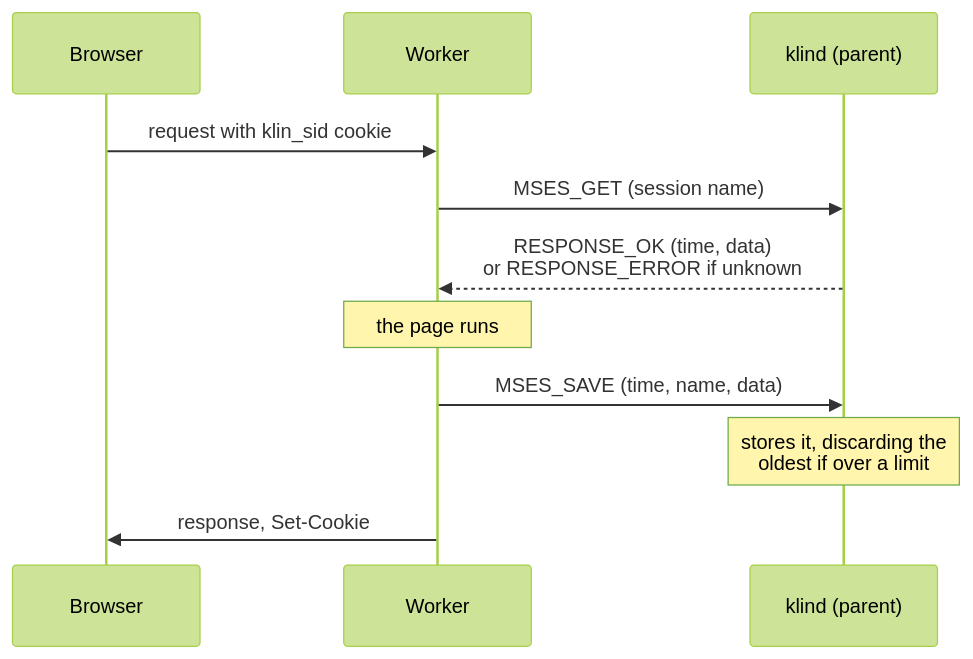
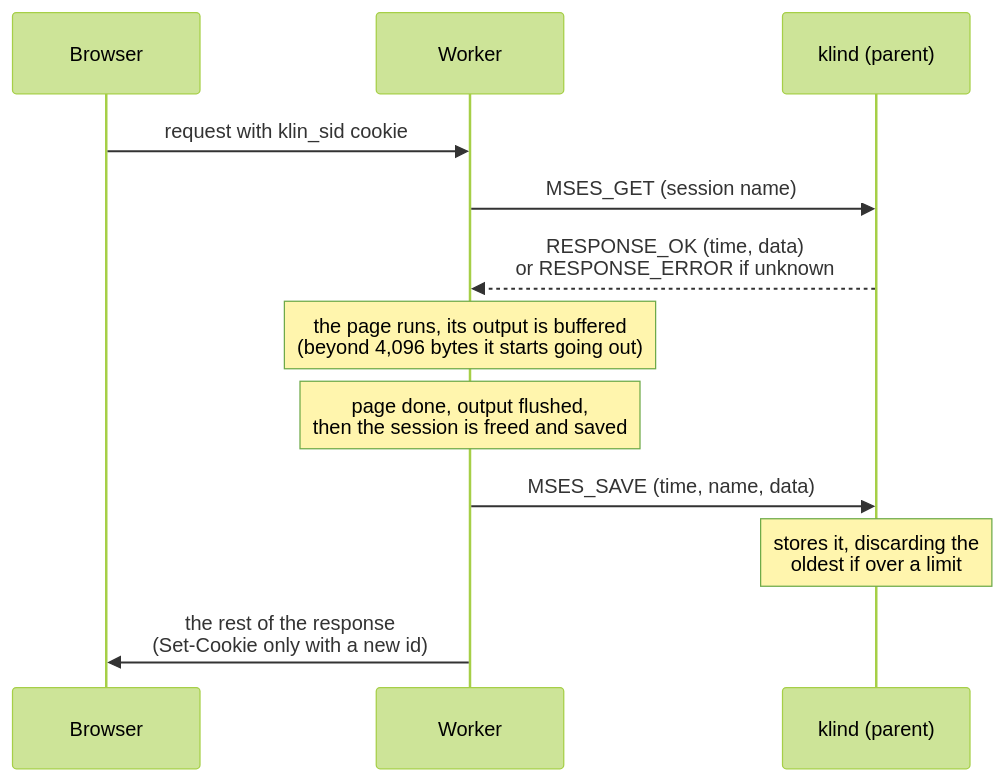
The first of 2 diagrams in doc/SESSIONS.md (DanielTillett/klin), drawn with Mermaid (forest theme) before and after one commit. The commit also changed other lines of this file and 25 other files, not shown here.

````diff
--- a/doc/SESSIONS.md
+++ b/doc/SESSIONS.md
@@ -37,13 +38,14 @@
 ```mermaid
 sequenceDiagram
     participant B as Browser
     participant W as Worker
     participant P as klind (parent)
     B->>W: request with klin_sid cookie
     W->>P: MSES_GET (session name)
     P-->>W: RESPONSE_OK (time, data)<br/>or RESPONSE_ERROR if unknown
-    Note over W: the page runs
+    Note over W: the page runs, its output is buffered<br/>(beyond 4,096 bytes it starts going out)
+    Note over W: page done, output flushed,<br/>then the session is freed and saved
     W->>P: MSES_SAVE (time, name, data)
     Note over P: stores it, discarding the<br/>oldest if over a limit
-    W->>B: response, Set-Cookie
+    W->>B: the rest of the response<br/>(Set-Cookie only with a new id)
 ```
````
